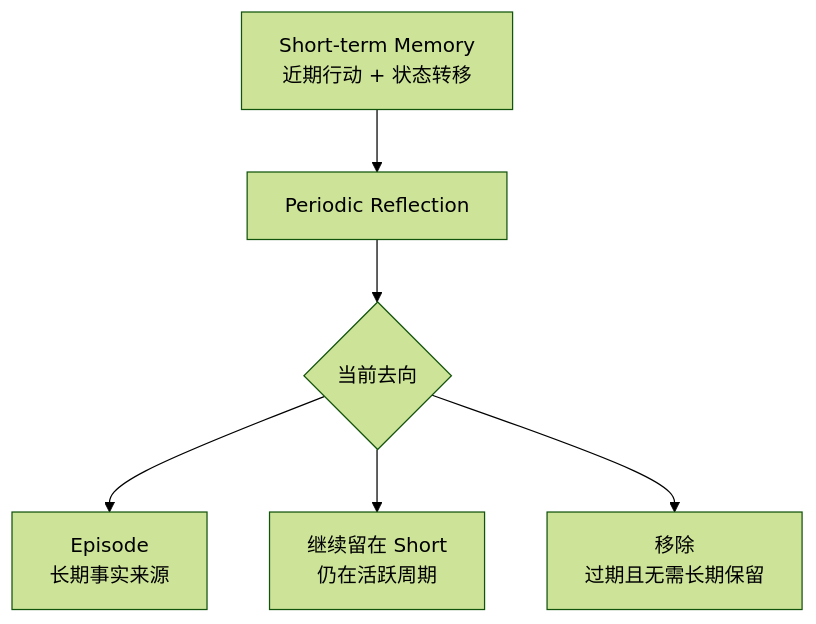
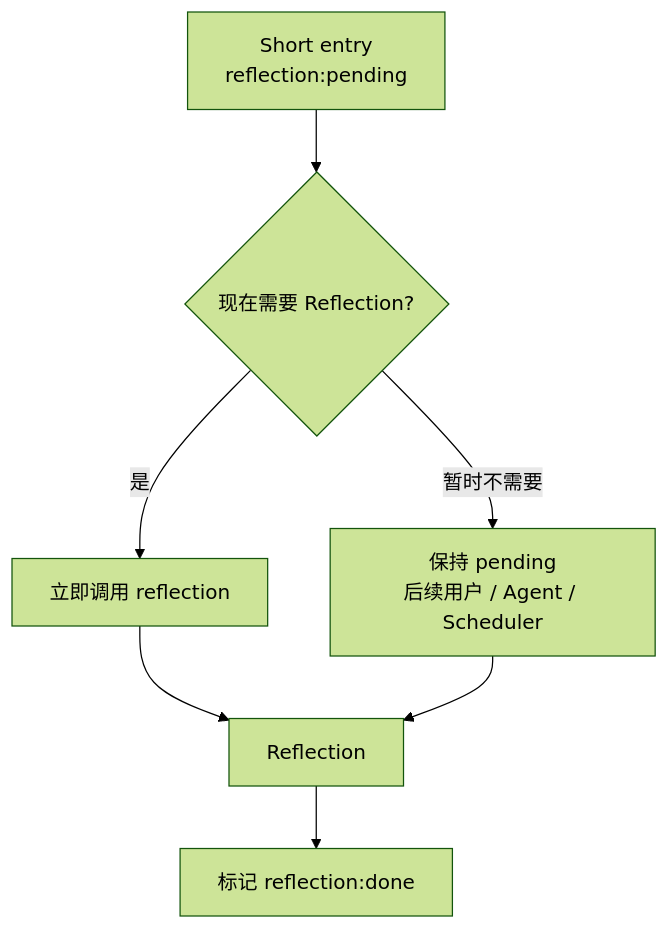
The second of 4 diagrams in docs/data-flow.md (Ri0n72Y/agent-identity-cycle), drawn with Mermaid (forest theme) before and after one commit. The commit also changed other lines of this file and 16 other files, not shown here.

First line of the commit message:
feat: split short-memory appending from reflection

````diff
--- a/docs/data-flow.md
+++ b/docs/data-flow.md
@@ -31,15 +53,13 @@
 ```mermaid
 flowchart TD
-    S[Short-term Memory\n近期行动 + 状态转移]
-    R[Periodic Reflection]
-    A{当前去向}
-    E[Episode\n长期事实来源]
-    K[继续留在 Short\n仍在活跃周期]
-    X[移除\n过期且无需长期保留]
+    S[Short entry\nreflection:pending]
+    J{现在需要 Reflection?}
+    I[立即调用 reflection]
+    D[保持 pending\n后续用户 / Agent / Scheduler]
+    R[Reflection]
+    X[标记 reflection:done]
 
-    S --> R
-    R --> A
-    A --> E
-    A --> K
-    A --> X
+    S --> J
+    J -->|是| I --> R --> X
+    J -->|暂时不需要| D --> R
 ```
````
